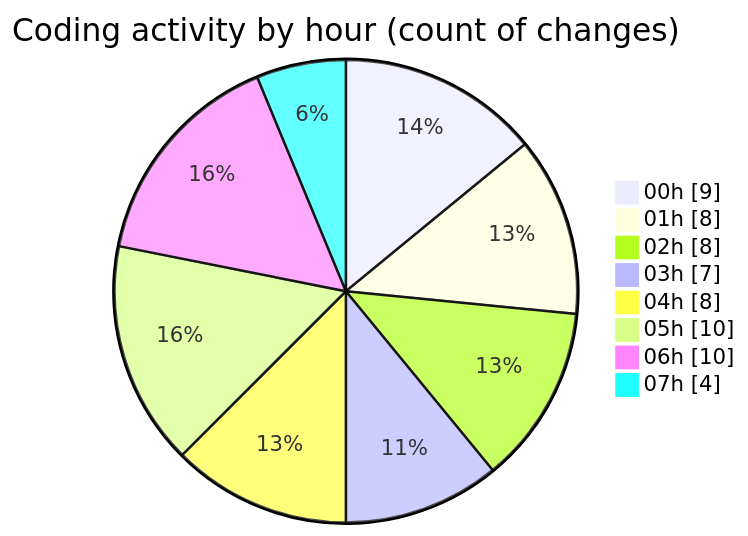
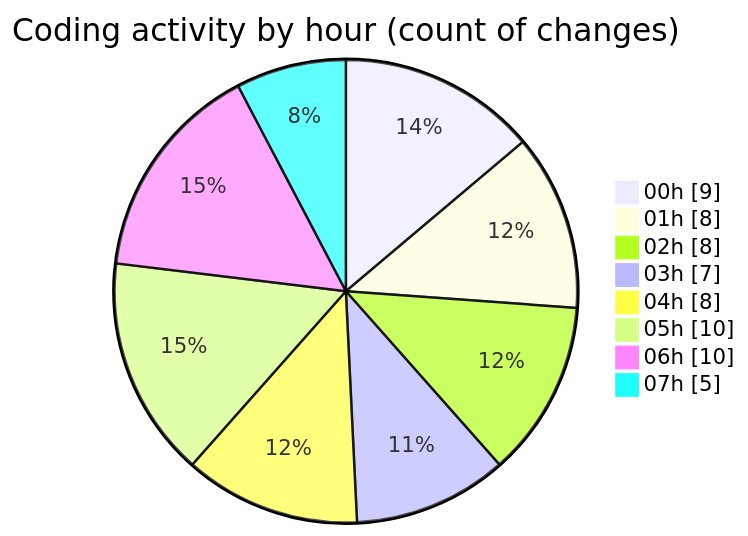
Before and after one commit to jrari/code-tracking: the second of 2 diagrams in 2025-07-14/telebot/README.md, drawn with Mermaid. The commit also changed other lines of this file and 1 other file, not shown here.

````diff
--- a/2025-07-14/telebot/README.md
+++ b/2025-07-14/telebot/README.md
@@ -55,12 +55,12 @@
 ```mermaid
 pie showData
 title Coding activity by hour (count of changes)
 "00h" : 9
 "01h" : 8
 "02h" : 8
 "03h" : 7
 "04h" : 8
 "05h" : 10
 "06h" : 10
-"07h" : 4
+"07h" : 5
 ```
````
